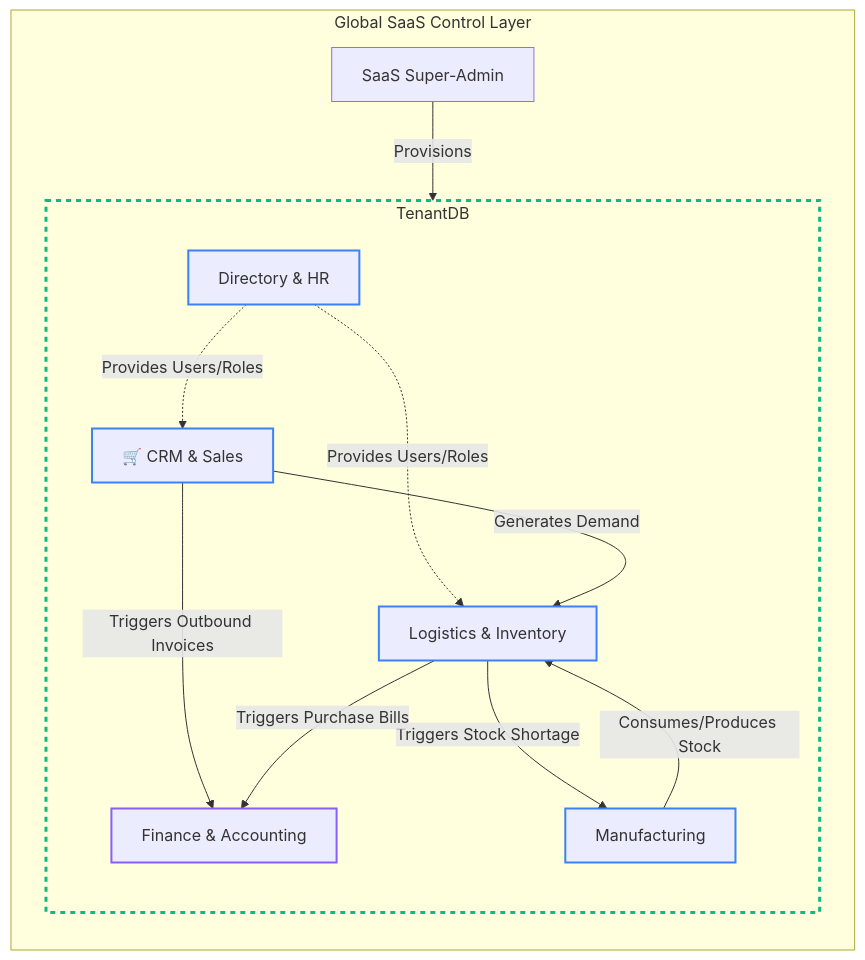
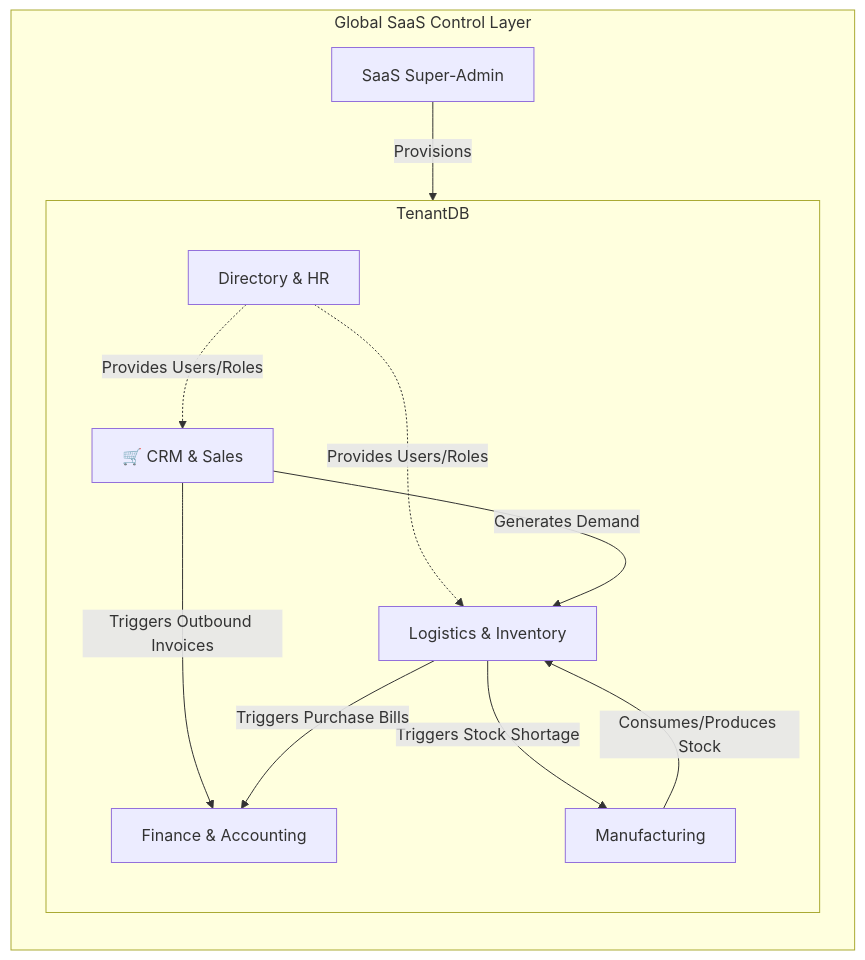
Before and after one commit to amirhosseinse7/NexusERP: the first of 3 diagrams in docs/SYSTEM_MAP.md, drawn with Mermaid. The commit also changed other lines of this file and 1 other file, not shown here.

````diff
--- a/docs/SYSTEM_MAP.md
+++ b/docs/SYSTEM_MAP.md
@@ -8,34 +8,32 @@
 ```mermaid
 flowchart TD
-    classDef saas stroke-width:3px,stroke:#10b981,stroke-dasharray: 5 5;
-    classDef module stroke-width:2px,stroke:#3b82f6;
-    classDef finance stroke-width:2px,stroke:#8b5cf6;
+    classDef systemTask stroke-width:2px,stroke-dasharray: 5 5;
 
     subgraph SaaS ["Global SaaS Control Layer"]
         direction TB
         SuperAdmin[SaaS Super-Admin] -->|Provisions| TenantDB[(Isolated Tenant Workspace)]:::saas
     end
 
     subgraph TenantDB
         direction TB
         
         %% Core Modules
         CRM[🛒 CRM & Sales]:::module
         Logistics[Logistics & Inventory]:::module
         MRP[Manufacturing]:::module
         HR[Directory & HR]:::module
         Finance[Finance & Accounting]:::finance
 
         %% Relationships
         HR -.->|Provides Users/Roles| CRM
         HR -.->|Provides Users/Roles| Logistics
         
         CRM -->|Generates Demand| Logistics
         CRM -->|Triggers Outbound Invoices| Finance
         
         Logistics -->|Triggers Stock Shortage| MRP
         Logistics -->|Triggers Purchase Bills| Finance
         
         MRP -->|Consumes/Produces Stock| Logistics
     end
 ```
````
